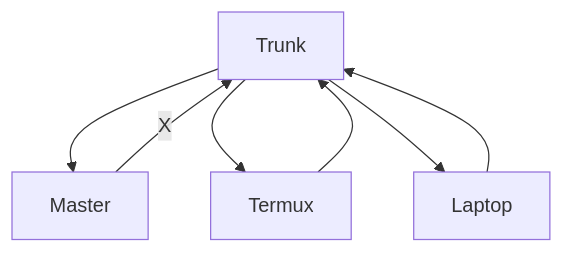
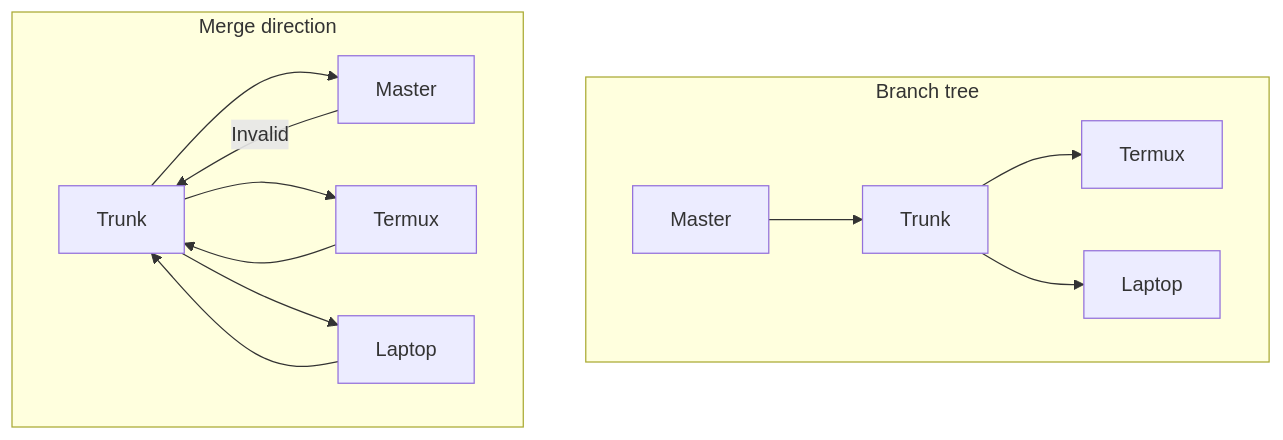
The first of 3 diagrams in README.md (liehendr/xadf), drawn with Mermaid before and after one commit. The commit also changed other lines of this file, not shown here.

Commit message:
update graph in readme

````diff
--- a/README.md
+++ b/README.md
@@ -94,9 +85,16 @@
 ```mermaid
-flowchart TD
-    A[Trunk] --> B[Master]
-    A --> C[Termux]
-    A --> D[Laptop]
-    D --> A
-    C --> A
-    B -->|X| A
+flowchart TB
+subgraph "Branch tree"
+    A[Master] --> B[Trunk]
+    B --> C[Termux]
+    B --> D[Laptop]
+end
+subgraph "Merge direction"
+    E[Trunk] --> F[Master]
+    E --> G[Termux]
+    E --> H[Laptop]
+    H --> E
+    G --> E
+    F -->|Invalid| E
+end
 ```
````
